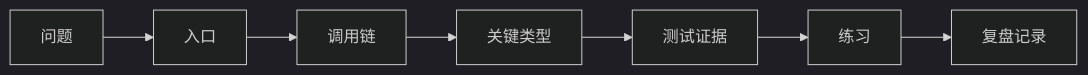
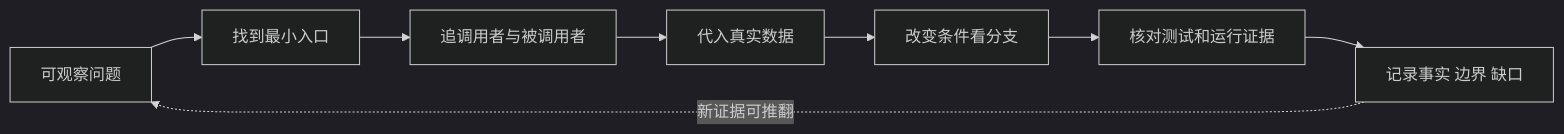
Before and after one commit to LavaCourage07/startupOS: the first of 2 diagrams in learning-note/full-project-course-v2/textbook/part-a-system-foundation/A06-source-reading-and-verification-loop.md, drawn with Mermaid (dark theme). The commit also changed other lines of this file and 560 other files, not shown here.

````diff
--- a/learning-note/full-project-course-v2/textbook/part-a-system-foundation/A06-source-reading-and-verification-loop.md
+++ b/learning-note/full-project-course-v2/textbook/part-a-system-foundation/A06-source-reading-and-verification-loop.md
@@ -11,9 +21,10 @@
 ```mermaid
 flowchart LR
-    Q[问题] --> E[入口]
-    E --> C[调用链]
-    C --> T[关键类型]
-    T --> X[测试证据]
-    X --> P[练习]
-    P --> R[复盘记录]
+    Q[可观察问题] --> E[找到最小入口]
+    E --> C[追调用者与被调用者]
+    C --> D[代入真实数据]
+    D --> F[改变条件看分支]
+    F --> T[核对测试和运行证据]
+    T --> R[记录事实 边界 缺口]
+    R -.新证据可推翻.-> Q
 ```
````
